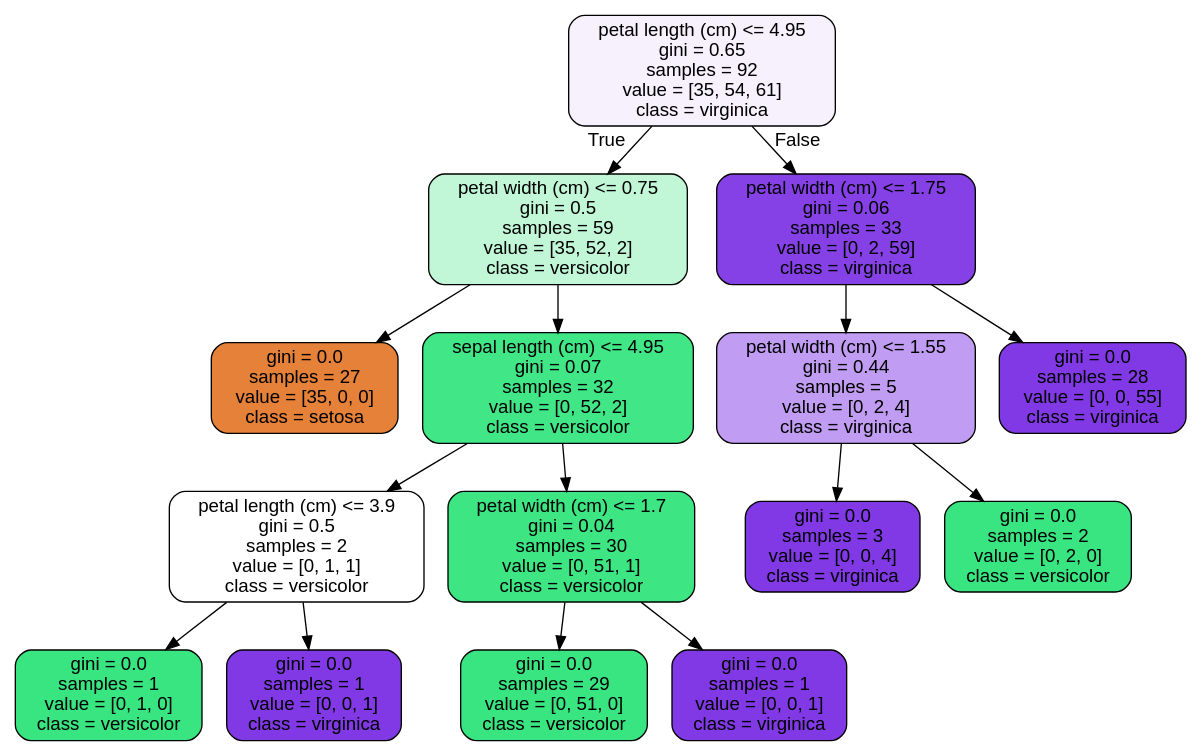
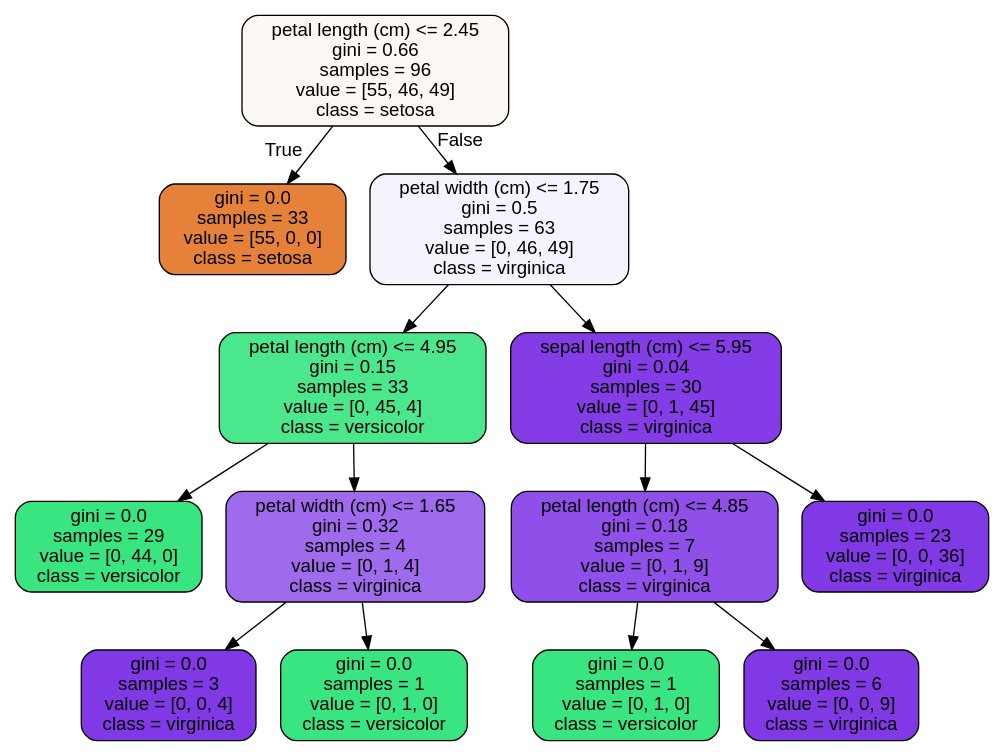
One commit to mdgarber/RandomForest_Covid_case_Study changed the diagram in 1593492590_RandomForest_Covid_Case_Study_06302020/RandomForest Covid Case Study_06302020/tree.dot. Above: the diagram before and after it, drawn with Graphviz. The commit also changed 2 other files, not shown here.

```diff
--- a/1593492590_RandomForest_Covid_Case_Study_06302020/RandomForest Covid Case Study_06302020/tree.dot
+++ b/1593492590_RandomForest_Covid_Case_Study_06302020/RandomForest Covid Case Study_06302020/tree.dot
@@ -1,33 +1,29 @@
 digraph Tree {
 node [shape=box, style="filled, rounded", color="black", fontname="helvetica"] ;
 edge [fontname="helvetica"] ;
-0 [label="petal length (cm) <= 4.95\ngini = 0.65\nsamples = 92\nvalue = [35, 54, 61]\nclass = virginica", fillcolor="#f6f1fd"] ;
-1 [label="petal width (cm) <= 0.75\ngini = 0.5\nsamples = 59\nvalue = [35, 52, 2]\nclass = versicolor", fillcolor="#c1f7d7"] ;
+0 [label="petal length (cm) <= 2.45\ngini = 0.66\nsamples = 96\nvalue = [55, 46, 49]\nclass = setosa", fillcolor="#fdf8f3"] ;
+1 [label="gini = 0.0\nsamples = 33\nvalue = [55, 0, 0]\nclass = setosa", fillcolor="#e58139"] ;
 0 -> 1 [labeldistance=2.5, labelangle=45, headlabel="True"] ;
-2 [label="gini = 0.0\nsamples = 27\nvalue = [35, 0, 0]\nclass = setosa", fillcolor="#e58139"] ;
-1 -> 2 ;
-3 [label="sepal length (cm) <= 4.95\ngini = 0.07\nsamples = 32\nvalue = [0, 52, 2]\nclass = versicolor", fillcolor="#41e686"] ;
-1 -> 3 ;
-4 [label="petal length (cm) <= 3.9\ngini = 0.5\nsamples = 2\nvalue = [0, 1, 1]\nclass = versicolor", fillcolor="#ffffff"] ;
+2 [label="petal width (cm) <= 1.75\ngini = 0.5\nsamples = 63\nvalue = [0, 46, 49]\nclass = virginica", fillcolor="#f7f3fd"] ;
+0 -> 2 [labeldistance=2.5, labelangle=-45, headlabel="False"] ;
+3 [label="petal length (cm) <= 4.95\ngini = 0.15\nsamples = 33\nvalue = [0, 45, 4]\nclass = versicolor", fillcolor="#4be78c"] ;
+2 -> 3 ;
+4 [label="gini = 0.0\nsamples = 29\nvalue = [0, 44, 0]\nclass = versicolor", fillcolor="#39e581"] ;
 3 -> 4 ;
-5 [label="gini = 0.0\nsamples = 1\nvalue = [0, 1, 0]\nclass = versicolor", fillcolor="#39e581"] ;
-4 -> 5 ;
-6 [label="gini = 0.0\nsamples = 1\nvalue = [0, 0, 1]\nclass = virginica", fillcolor="#8139e5"] ;
-4 -> 6 ;
-7 [label="petal width (cm) <= 1.7\ngini = 0.04\nsamples = 30\nvalue = [0, 51, 1]\nclass = versicolor", fillcolor="#3de683"] ;
-3 -> 7 ;
-8 [label="gini = 0.0\nsamples = 29\nvalue = [0, 51, 0]\nclass = versicolor", fillcolor="#39e581"] ;
-7 -> 8 ;
-9 [label="gini = 0.0\nsamples = 1\nvalue = [0, 0, 1]\nclass = virginica", fillcolor="#8139e5"] ;
-7 -> 9 ;
-10 [label="petal width (cm) <= 1.75\ngini = 0.06\nsamples = 33\nvalue = [0, 2, 59]\nclass = virginica", fillcolor="#8540e6"] ;
-0 -> 10 [labeldistance=2.5, labelangle=-45, headlabel="False"] ;
-11 [label="petal width (cm) <= 1.55\ngini = 0.44\nsamples = 5\nvalue = [0, 2, 4]\nclass = virginica", fillcolor="#c09cf2"] ;
-10 -> 11 ;
-12 [label="gini = 0.0\nsamples = 3\nvalue = [0, 0, 4]\nclass = virginica", fillcolor="#8139e5"] ;
-11 -> 12 ;
-13 [label="gini = 0.0\nsamples = 2\nvalue = [0, 2, 0]\nclass = versicolor", fillcolor="#39e581"] ;
-11 -> 13 ;
-14 [label="gini = 0.0\nsamples = 28\nvalue = [0, 0, 55]\nclass = virginica", fillcolor="#8139e5"] ;
-10 -> 14 ;
+5 [label="petal width (cm) <= 1.65\ngini = 0.32\nsamples = 4\nvalue = [0, 1, 4]\nclass = virginica", fillcolor="#a06aec"] ;
+3 -> 5 ;
+6 [label="gini = 0.0\nsamples = 3\nvalue = [0, 0, 4]\nclass = virginica", fillcolor="#8139e5"] ;
+5 -> 6 ;
+7 [label="gini = 0.0\nsamples = 1\nvalue = [0, 1, 0]\nclass = versicolor", fillcolor="#39e581"] ;
+5 -> 7 ;
+8 [label="sepal length (cm) <= 5.95\ngini = 0.04\nsamples = 30\nvalue = [0, 1, 45]\nclass = virginica", fillcolor="#843de6"] ;
+2 -> 8 ;
+9 [label="petal length (cm) <= 4.85\ngini = 0.18\nsamples = 7\nvalue = [0, 1, 9]\nclass = virginica", fillcolor="#8f4fe8"] ;
+8 -> 9 ;
+10 [label="gini = 0.0\nsamples = 1\nvalue = [0, 1, 0]\nclass = versicolor", fillcolor="#39e581"] ;
+9 -> 10 ;
+11 [label="gini = 0.0\nsamples = 6\nvalue = [0, 0, 9]\nclass = virginica", fillcolor="#8139e5"] ;
+9 -> 11 ;
+12 [label="gini = 0.0\nsamples = 23\nvalue = [0, 0, 36]\nclass = virginica", fillcolor="#8139e5"] ;
+8 -> 12 ;
 }
```
